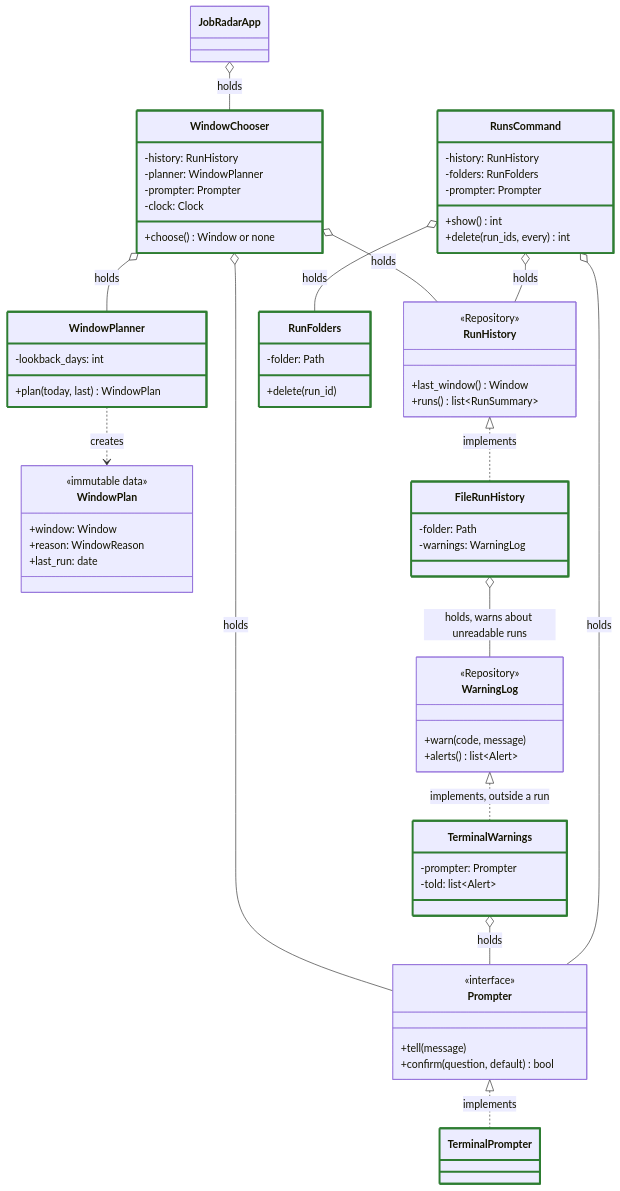
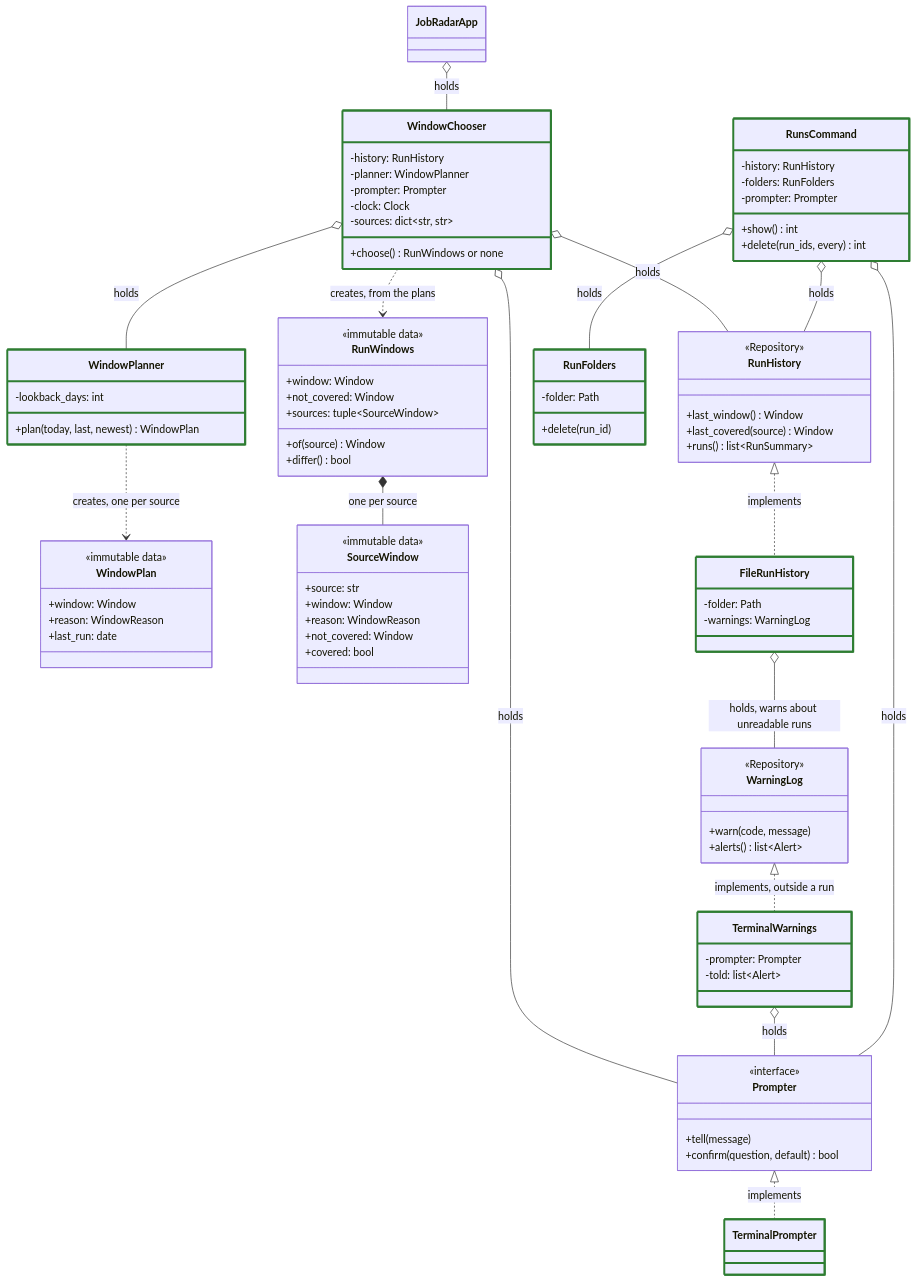
Before and after one commit to adailida/job-radar: the second of 6 diagrams in docs/architecture.md, drawn with Mermaid. The commit also changed other lines of this file and 35 other files, not shown here.

First line of the commit message:
Per-source coverage: each source catches up on the dates it missed (#35)

```diff
--- a/docs/architecture.md
+++ b/docs/architecture.md
@@ -217,11 +225,12 @@
         -planner: WindowPlanner
         -prompter: Prompter
         -clock: Clock
-        +choose() Window or none
+        -sources: dict~str, str~
+        +choose() RunWindows or none
     }
     class WindowPlanner {
         -lookback_days: int
-        +plan(today, last) WindowPlan
+        +plan(today, last, newest) WindowPlan
     }
     class WindowPlan {
         <<immutable data>>
@@ -229,9 +238,26 @@
         +reason: WindowReason
         +last_run: date
     }
+    class RunWindows {
+        <<immutable data>>
+        +window: Window
+        +not_covered: Window
+        +sources: tuple~SourceWindow~
+        +of(source) Window
+        +differ() bool
+    }
+    class SourceWindow {
+        <<immutable data>>
+        +source: str
+        +window: Window
+        +reason: WindowReason
+        +not_covered: Window
+        +covered: bool
+    }
     class RunHistory {
         <<Repository>>
         +last_window() Window
+        +last_covered(source) Window
         +runs() list~RunSummary~
     }
     class FileRunHistory {
@@ -269,7 +295,9 @@
     WindowChooser o-- RunHistory : holds
     WindowChooser o-- WindowPlanner : holds
     WindowChooser o-- Prompter : holds
-    WindowPlanner ..> WindowPlan : creates
+    WindowPlanner ..> WindowPlan : creates, one per source
+    WindowChooser ..> RunWindows : creates, from the plans
+    RunWindows *-- SourceWindow : one per source
     RunHistory <|.. FileRunHistory : implements
     FileRunHistory o-- WarningLog : holds, warns about unreadable runs
     WarningLog <|.. TerminalWarnings : implements, outside a run
```
